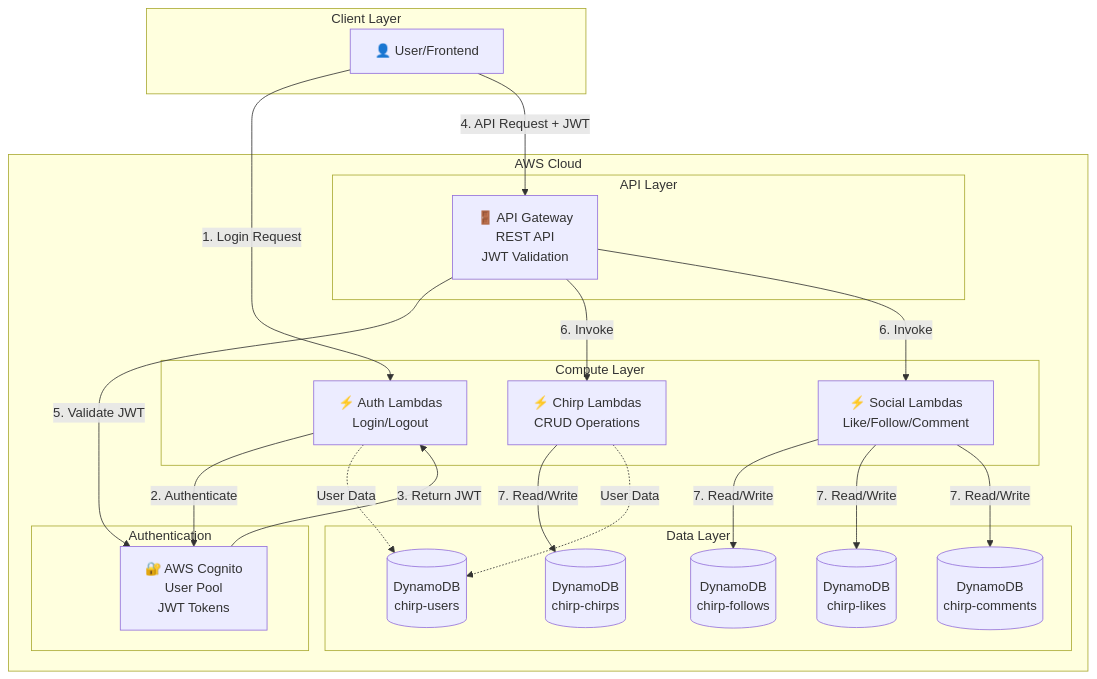
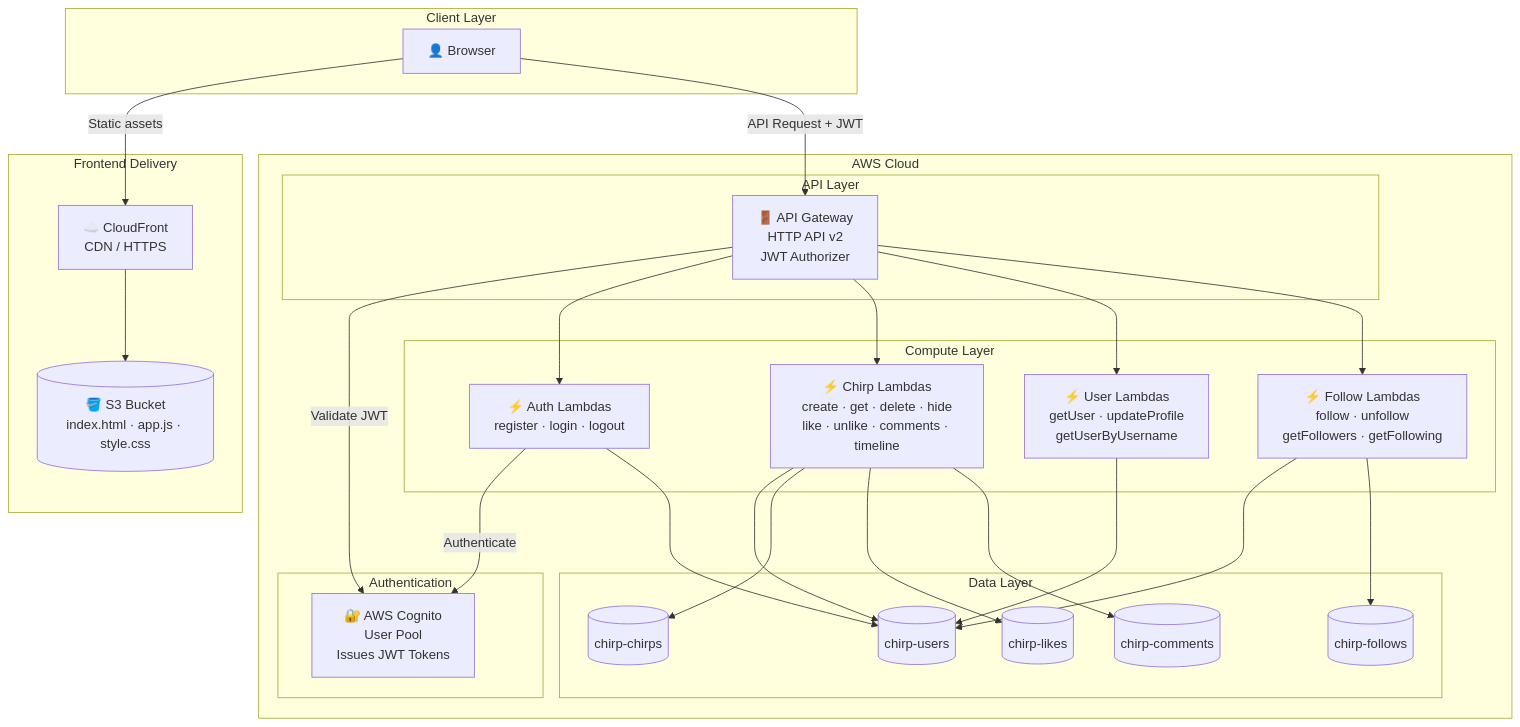
Before and after one commit to joseluisdaza/twitter: the first of 2 diagrams in README.md, drawn with Mermaid. The commit also changed other lines of this file, not shown here.

Commit message:
Fix architecture diagram to match actual implementation

````diff
--- a/README.md
+++ b/README.md
@@ -80,47 +80,56 @@
 ```mermaid
 flowchart TB
     subgraph Client["Client Layer"]
-        User[👤 User/Frontend]
+        Browser[👤 Browser]
+    end
+
+    subgraph CDN["Frontend Delivery"]
+        CF[☁️ CloudFront<br/>CDN / HTTPS]
+        S3[(🪣 S3 Bucket<br/>index.html · app.js · style.css)]
     end
 
     subgraph AWS["AWS Cloud"]
         subgraph Auth["Authentication"]
-            Cognito[🔐 AWS Cognito<br/>User Pool<br/>JWT Tokens]
+            Cognito[🔐 AWS Cognito<br/>User Pool<br/>Issues JWT Tokens]
         end
 
         subgraph API["API Layer"]
-            APIGW[🚪 API Gateway<br/>REST API<br/>JWT Validation]
+            APIGW[🚪 API Gateway<br/>HTTP API v2<br/>JWT Authorizer]
         end
 
         subgraph Compute["Compute Layer"]
-            Lambda1[⚡ Auth Lambdas<br/>Login/Logout]
-            Lambda2[⚡ Chirp Lambdas<br/>CRUD Operations]
-            Lambda3[⚡ Social Lambdas<br/>Like/Follow/Comment]
+            LAuth[⚡ Auth Lambdas<br/>register · login · logout]
+            LChirps[⚡ Chirp Lambdas<br/>create · get · delete · hide<br/>like · unlike · comments · timeline]
+            LUsers[⚡ User Lambdas<br/>getUser · updateProfile<br/>getUserByUsername]
+            LSocial[⚡ Follow Lambdas<br/>follow · unfollow<br/>getFollowers · getFollowing]
         end
 
         subgraph Data["Data Layer"]
-            DDB1[(DynamoDB<br/>chirp-users)]
-            DDB2[(DynamoDB<br/>chirp-chirps)]
-            DDB3[(DynamoDB<br/>chirp-follows)]
-            DDB4[(DynamoDB<br/>chirp-likes)]
-            DDB5[(DynamoDB<br/>chirp-comments)]
+            DDB1[(chirp-users)]
+            DDB2[(chirp-chirps)]
+            DDB3[(chirp-follows)]
+            DDB4[(chirp-likes)]
+            DDB5[(chirp-comments)]
         end
     end
 
-    User -->|1. Login Request| Lambda1
-    Lambda1 -->|2. Authenticate| Cognito
-    Cognito -->|3. Return JWT| Lambda1
+    Browser -->|Static assets| CF
+    CF --> S3
 
-    User -->|4. API Request + JWT| APIGW
-    APIGW -->|5. Validate JWT| Cognito
-    APIGW -->|6. Invoke| Lambda2
-    APIGW -->|6. Invoke| Lambda3
+    Browser -->|API Request + JWT| APIGW
+    APIGW -->|Validate JWT| Cognito
+    APIGW --> LAuth
+    APIGW --> LChirps
+    APIGW --> LUsers
+    APIGW --> LSocial
 
-    Lambda2 -->|7. Read/Write| DDB2
-    Lambda3 -->|7. Read/Write| DDB3
-    Lambda3 -->|7. Read/Write| DDB4
-    Lambda3 -->|7. Read/Write| DDB5
-
-    Lambda1 -.->|User Data| DDB1
-    Lambda2 -.->|User Data| DDB1
+    LAuth -->|Authenticate| Cognito
+    LAuth --> DDB1
+    LUsers --> DDB1
+    LChirps --> DDB1
+    LChirps --> DDB2
+    LChirps --> DDB4
+    LChirps --> DDB5
+    LSocial --> DDB1
+    LSocial --> DDB3
 ```
````
